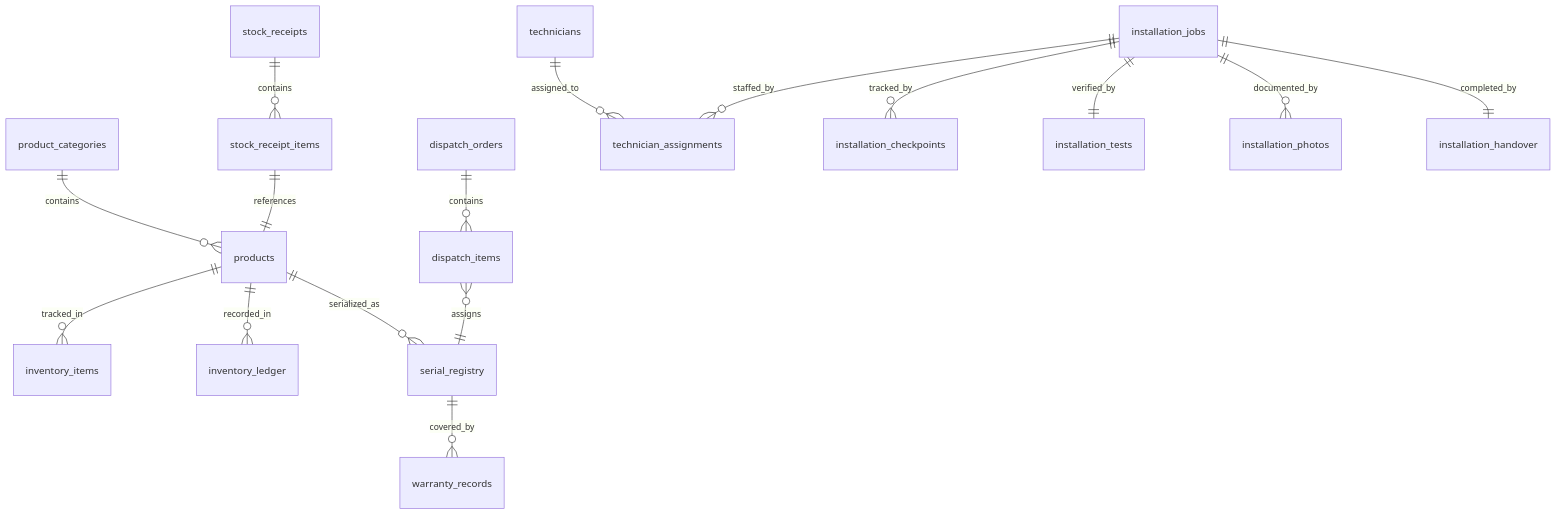
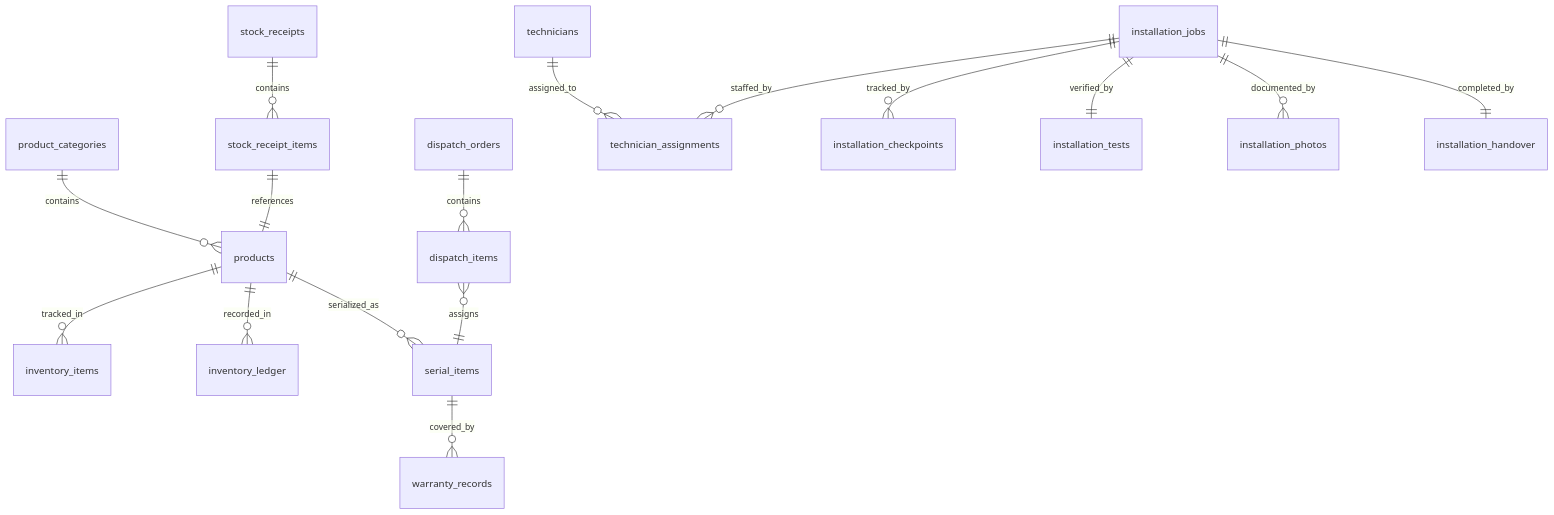
Before and after one commit to rukminiraut412/Solar-Installation-Manegement-System: the second of 3 diagrams in docs/contracts/operations.md, drawn with Mermaid. The commit also changed other lines of this file, not shown here.

````diff
--- a/docs/contracts/operations.md
+++ b/docs/contracts/operations.md
@@ -491,22 +552,22 @@
 ```mermaid
 erDiagram
     product_categories ||--o{ products : contains
     products ||--o{ inventory_items : tracked_in
     products ||--o{ inventory_ledger : recorded_in
-    products ||--o{ serial_registry : serialized_as
+    products ||--o{ serial_items : serialized_as
     
     stock_receipts ||--o{ stock_receipt_items : contains
     stock_receipt_items ||--|| products : references
     
     dispatch_orders ||--o{ dispatch_items : contains
-    dispatch_items }o--|| serial_registry : assigns
+    dispatch_items }o--|| serial_items : assigns
     
     technicians ||--o{ technician_assignments : assigned_to
     installation_jobs ||--o{ technician_assignments : staffed_by
     installation_jobs ||--o{ installation_checkpoints : tracked_by
     installation_jobs ||--|| installation_tests : verified_by
     installation_jobs ||--o{ installation_photos : documented_by
     installation_jobs ||--|| installation_handover : completed_by
     
-    serial_registry ||--o{ warranty_records : covered_by
+    serial_items ||--o{ warranty_records : covered_by
 ```
````
